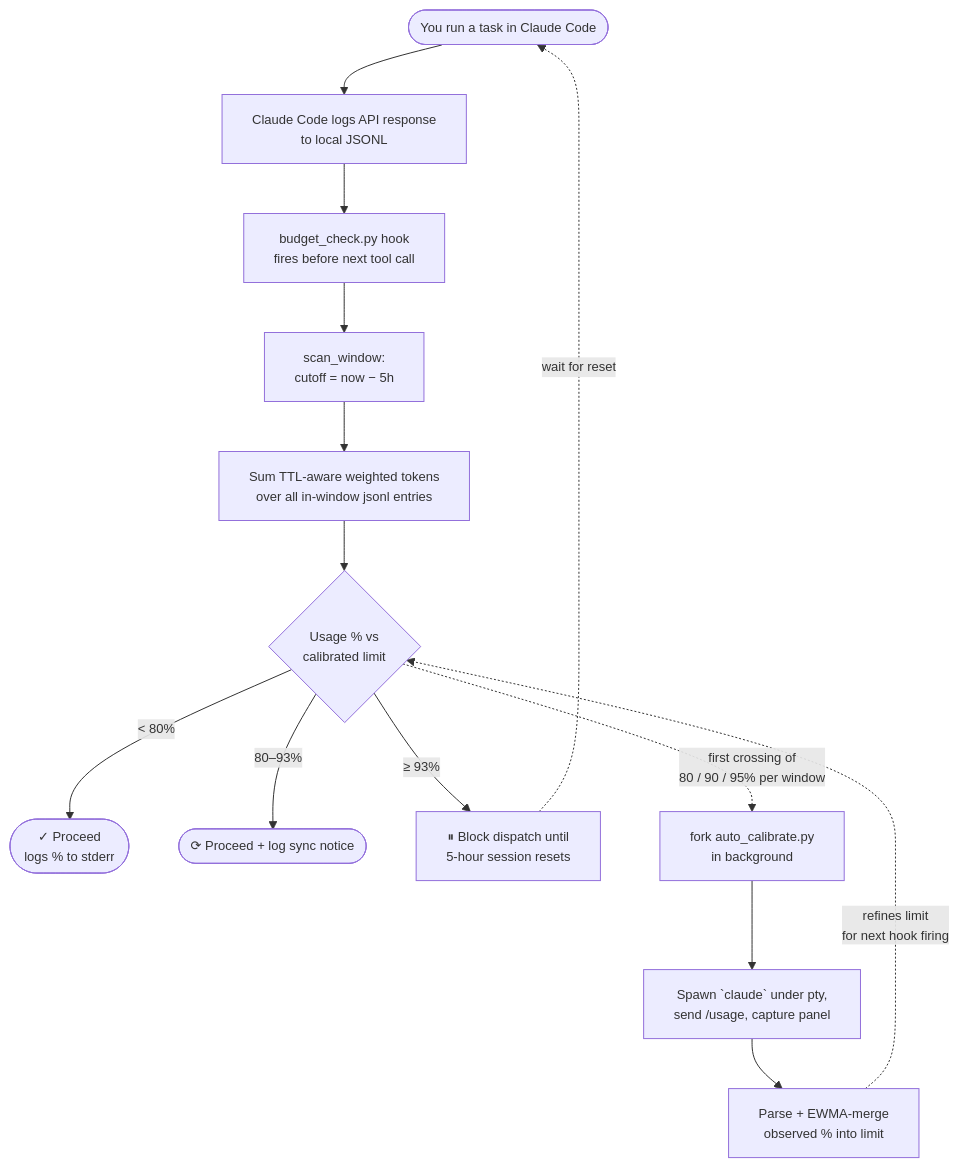
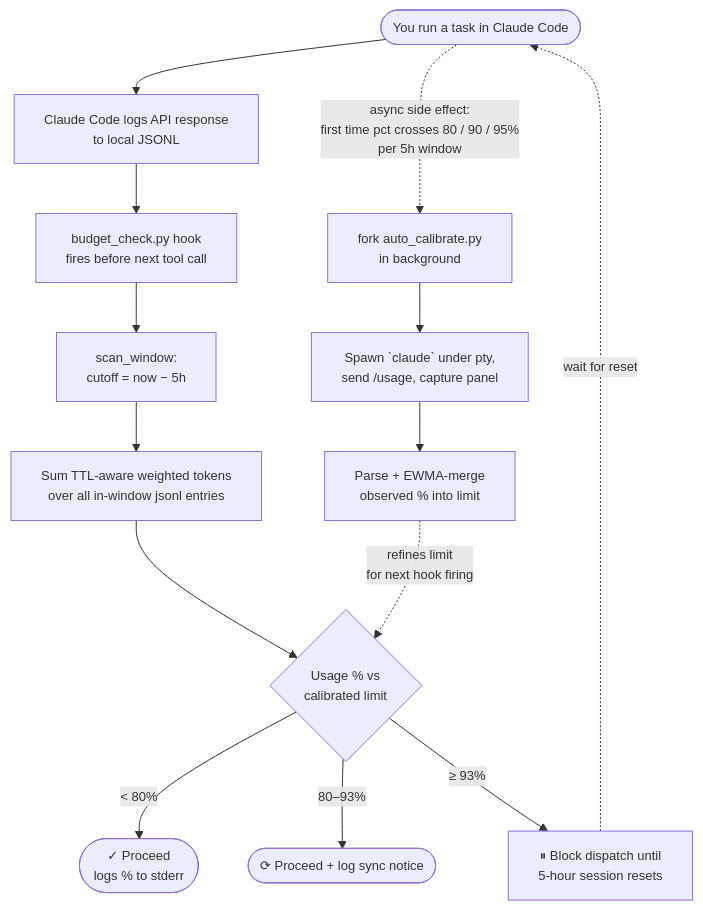
One commit to Star001-KR/claude-session-budget changed the diagram in README.md. Above: the diagram before and after it, drawn with Mermaid.

Commit message:
docs: branch auto-cal fork from user-task root, not pct decision
Reviewer caught that the previous diagram's
  G {Usage % vs limit} -.->|first crossing| K[fork auto_calibrate.py]
edge made it look like the proceed/block decision was choosing whether
to fork. It isn't. In budget_check.main() the dispatch happens *before*
the pause/sync threshold checks:

  1. scan_window → weighted, oldest, pct
  2. maybe_kick_auto_calibrate(pct, oldest)   ← fork (gated)
  3. if pct >= PAUSE: sys.exit(2)
  4. if pct >= SYNC: print sync notice
  5. sys.exit(0)

The fork is a parallel async side effect of the hook firing — gated by
its own milestone state, not by G's branch. Diagrammatically that's
better expressed as a dotted edge from A (the user task that triggered
the whole hook firing) than as a fourth branch off G.

Edge label now spells out "async side effect" + the milestone gate,
matching the actual code semantics. Feedback edge from M still lands at
G (the pct decision is where the refined limit is consumed).

````diff
--- a/README.md
+++ b/README.md
@@ -14,18 +14,18 @@
 ```mermaid
 %%{init: {'themeVariables': {'fontSize': '13px'}}}%%
 flowchart TD
     A([You run a task in Claude Code]) --> B[Claude Code logs API response<br/>to local JSONL]
     B --> C[budget_check.py hook<br/>fires before next tool call]
     C --> D[scan_window:<br/>cutoff = now − 5h]
     D --> F[Sum TTL-aware weighted tokens<br/>over all in-window jsonl entries]
     F --> G{Usage % vs<br/>calibrated limit}
     G -->|&lt; 80%| H([✓ Proceed<br/>logs % to stderr])
     G -->|80–93%| I([⟳ Proceed + log sync notice])
     G -->|≥ 93%| J[⏸ Block dispatch until<br/>5-hour session resets]
     J -.->|wait for reset| A
 
-    G -.->|first crossing of<br/>80 / 90 / 95% per window| K[fork auto_calibrate.py<br/>in background]
+    A -.->|async side effect:<br/>first time pct crosses 80 / 90 / 95%<br/>per 5h window| K[fork auto_calibrate.py<br/>in background]
     K --> L[Spawn `claude` under pty,<br/>send /usage, capture panel]
     L --> M[Parse + EWMA-merge<br/>observed % into limit]
     M -.->|refines limit<br/>for next hook firing| G
 ```
````
